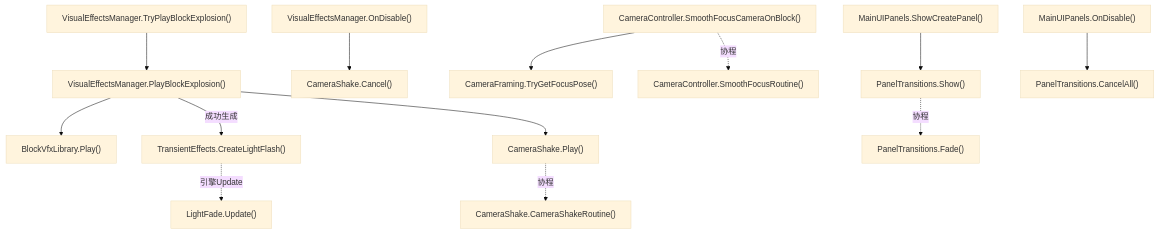
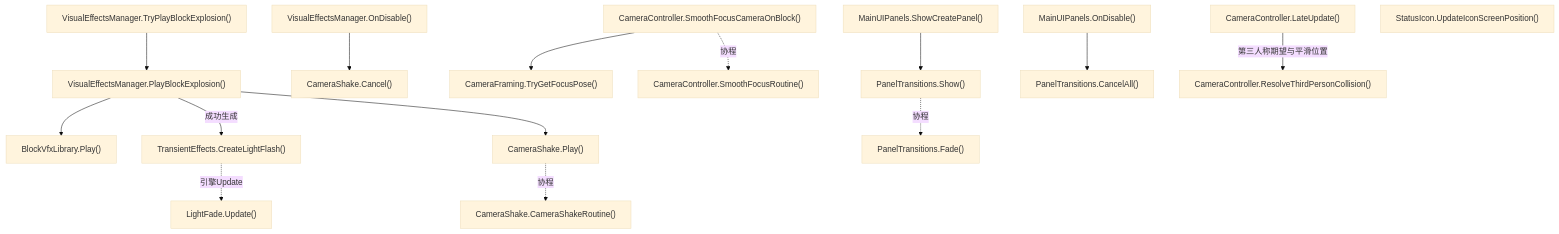
One commit to kukudia/HY-Sandbox changed the tenth of 10 diagrams in Docs/RuntimeFlow.md. Above: the diagram before and after it, drawn with Mermaid (base theme). The commit also changed other lines of this file and 31 other files, not shown here.

````diff
--- a/Docs/RuntimeFlow.md
+++ b/Docs/RuntimeFlow.md
@@ -901,49 +956,56 @@
 ```mermaid
 flowchart TD
     A["VisualEffectsManager.TryPlayBlockExplosion()"]
     click A "../Assets/Scripts/Features/Presentation/VisualEffectsManager.cs#L66" "打开源码"
     B["VisualEffectsManager.PlayBlockExplosion()"]
     click B "../Assets/Scripts/Features/Presentation/VisualEffectsManager.cs#L274" "打开源码"
     C["BlockVfxLibrary.Play()"]
     click C "../Assets/Scripts/Features/Presentation/BlockVfxLibrary.cs#L54" "打开源码"
     D["TransientEffects.CreateLightFlash()"]
     click D "../Assets/Scripts/Features/Presentation/TransientEffects.cs#L47" "打开源码"
     E["LightFade.Update()"]
     click E "../Assets/Scripts/Features/Presentation/LightFade.cs#L17" "打开源码"
     F["CameraShake.Play()"]
     click F "../Assets/Scripts/Features/Presentation/CameraShake.cs#L29" "打开源码"
     G["CameraShake.CameraShakeRoutine()"]
     click G "../Assets/Scripts/Features/Presentation/CameraShake.cs#L57" "打开源码"
     H["VisualEffectsManager.OnDisable()"]
     click H "../Assets/Scripts/Features/Presentation/VisualEffectsManager.cs#L194" "打开源码"
     I["CameraShake.Cancel()"]
     click I "../Assets/Scripts/Features/Presentation/CameraShake.cs#L17" "打开源码"
     J["CameraController.SmoothFocusCameraOnBlock()"]
-    click J "../Assets/Scripts/Features/Presentation/CameraController.cs#L152" "打开源码"
+    click J "../Assets/Scripts/Features/Presentation/CameraController.cs#L225" "打开源码"
     K["CameraFraming.TryGetFocusPose()"]
     click K "../Assets/Scripts/Features/Presentation/CameraFraming.cs#L26" "打开源码"
     L["CameraController.SmoothFocusRoutine()"]
-    click L "../Assets/Scripts/Features/Presentation/CameraController.cs#L329" "打开源码"
+    click L "../Assets/Scripts/Features/Presentation/CameraController.cs#L402" "打开源码"
     M["MainUIPanels.ShowCreatePanel()"]
     click M "../Assets/Scripts/Features/Presentation/MainUIPanels.cs#L85" "打开源码"
     N["PanelTransitions.Show()"]
     click N "../Assets/Scripts/Features/Presentation/PanelTransitions.cs#L29" "打开源码"
     O["PanelTransitions.Fade()"]
     click O "../Assets/Scripts/Features/Presentation/PanelTransitions.cs#L53" "打开源码"
     P["MainUIPanels.OnDisable()"]
     click P "../Assets/Scripts/Features/Presentation/MainUIPanels.cs#L71" "打开源码"
     Q["PanelTransitions.CancelAll()"]
     click Q "../Assets/Scripts/Features/Presentation/PanelTransitions.cs#L16" "打开源码"
+    R["CameraController.LateUpdate()"]
+    click R "../Assets/Scripts/Features/Presentation/CameraController.cs#L63" "打开源码"
+    S["CameraController.ResolveThirdPersonCollision()"]
+    click S "../Assets/Scripts/Features/Presentation/CameraController.cs#L126" "打开源码"
+    T["StatusIcon.UpdateIconScreenPosition()"]
+    click T "../Assets/Scripts/Features/Presentation/StatusIcon.cs#L313" "打开源码"
     A --> B
     B --> C
     B -->|成功生成| D
     D -.->|引擎Update| E
     B --> F
     F -.->|协程| G
     H --> I
     J --> K
     J -.->|协程| L
     M --> N
     N -.->|协程| O
     P --> Q
+    R -->|第三人称期望与平滑位置| S
 ```
````
